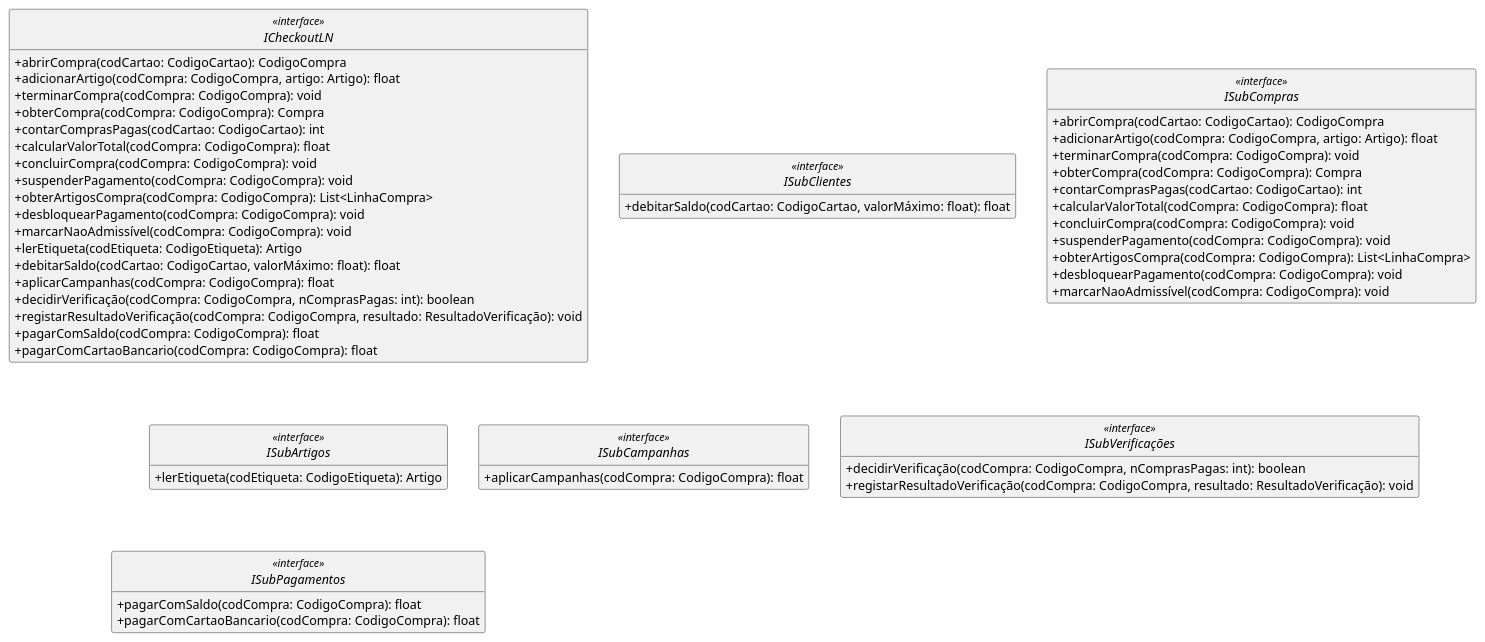
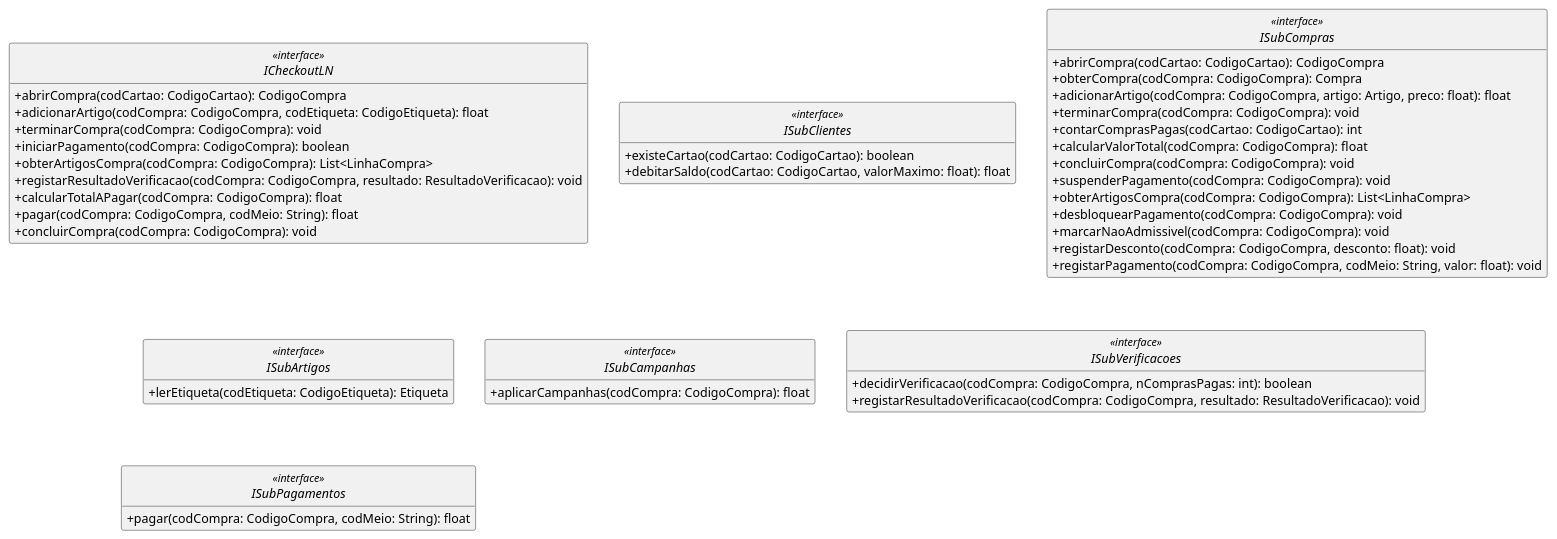
The diagram in modelos/2-desenho/api.puml (xana06/study_), drawn with PlantUML before and after one commit. The commit also changed 23 other files, not shown here.

```diff
--- a/modelos/2-desenho/api.puml
+++ b/modelos/2-desenho/api.puml
@@ -1,64 +1,57 @@
 @startuml api
 hide circle
 hide empty members
 skinparam classAttributeIconSize 0
 
 
 interface ICheckoutLN <<interface>> {
     + abrirCompra(codCartao: CodigoCartao): CodigoCompra
-    + adicionarArtigo(codCompra: CodigoCompra, artigo: Artigo): float
+    + adicionarArtigo(codCompra: CodigoCompra, codEtiqueta: CodigoEtiqueta): float
     + terminarCompra(codCompra: CodigoCompra): void
+    + iniciarPagamento(codCompra: CodigoCompra): boolean
+    + obterArtigosCompra(codCompra: CodigoCompra): List<LinhaCompra>
+    + registarResultadoVerificacao(codCompra: CodigoCompra, resultado: ResultadoVerificacao): void
+    + calcularTotalAPagar(codCompra: CodigoCompra): float
+    + pagar(codCompra: CodigoCompra, codMeio: String): float
+    + concluirCompra(codCompra: CodigoCompra): void
+}
+
+interface ISubClientes <<interface>> {
+    + existeCartao(codCartao: CodigoCartao): boolean
+    + debitarSaldo(codCartao: CodigoCartao, valorMaximo: float): float
+}
+
+interface ISubCompras <<interface>> {
+    + abrirCompra(codCartao: CodigoCartao): CodigoCompra
     + obterCompra(codCompra: CodigoCompra): Compra
+    + adicionarArtigo(codCompra: CodigoCompra, artigo: Artigo, preco: float): float
+    + terminarCompra(codCompra: CodigoCompra): void
     + contarComprasPagas(codCartao: CodigoCartao): int
     + calcularValorTotal(codCompra: CodigoCompra): float
     + concluirCompra(codCompra: CodigoCompra): void
     + suspenderPagamento(codCompra: CodigoCompra): void
     + obterArtigosCompra(codCompra: CodigoCompra): List<LinhaCompra>
     + desbloquearPagamento(codCompra: CodigoCompra): void
-    + marcarNaoAdmissível(codCompra: CodigoCompra): void
-    + lerEtiqueta(codEtiqueta: CodigoEtiqueta): Artigo
-    + debitarSaldo(codCartao: CodigoCartao, valorMáximo: float): float
-    + aplicarCampanhas(codCompra: CodigoCompra): float
-    + decidirVerificação(codCompra: CodigoCompra, nComprasPagas: int): boolean
-    + registarResultadoVerificação(codCompra: CodigoCompra, resultado: ResultadoVerificação): void
-    + pagarComSaldo(codCompra: CodigoCompra): float
-    + pagarComCartaoBancario(codCompra: CodigoCompra): float
-}
-
-interface ISubClientes <<interface>> {
-    + debitarSaldo(codCartao: CodigoCartao, valorMáximo: float): float
-}
-
-interface ISubCompras <<interface>> {
-    + abrirCompra(codCartao: CodigoCartao): CodigoCompra
-    + adicionarArtigo(codCompra: CodigoCompra, artigo: Artigo): float
-    + terminarCompra(codCompra: CodigoCompra): void
-    + obterCompra(codCompra: CodigoCompra): Compra
-    + contarComprasPagas(codCartao: CodigoCartao): int
-    + calcularValorTotal(codCompra: CodigoCompra): float
-    + concluirCompra(codCompra: CodigoCompra): void
-    + suspenderPagamento(codCompra: CodigoCompra): void
-    + obterArtigosCompra(codCompra: CodigoCompra): List<LinhaCompra>
-    + desbloquearPagamento(codCompra: CodigoCompra): void
-    + marcarNaoAdmissível(codCompra: CodigoCompra): void
+    + marcarNaoAdmissivel(codCompra: CodigoCompra): void
+    + registarDesconto(codCompra: CodigoCompra, desconto: float): void
+    + registarPagamento(codCompra: CodigoCompra, codMeio: String, valor: float): void
 }
 
 interface ISubArtigos <<interface>> {
-    + lerEtiqueta(codEtiqueta: CodigoEtiqueta): Artigo
+    + lerEtiqueta(codEtiqueta: CodigoEtiqueta): Etiqueta
 }
 
 interface ISubCampanhas <<interface>> {
     + aplicarCampanhas(codCompra: CodigoCompra): float
 }
 
-interface ISubVerificações <<interface>> {
-    + decidirVerificação(codCompra: CodigoCompra, nComprasPagas: int): boolean
-    + registarResultadoVerificação(codCompra: CodigoCompra, resultado: ResultadoVerificação): void
+interface ISubVerificacoes <<interface>> {
+    + decidirVerificacao(codCompra: CodigoCompra, nComprasPagas: int): boolean
+    + registarResultadoVerificacao(codCompra: CodigoCompra, resultado: ResultadoVerificacao): void
 }
 
 interface ISubPagamentos <<interface>> {
-    + pagarComSaldo(codCompra: CodigoCompra): float
-    + pagarComCartaoBancario(codCompra: CodigoCompra): float
+    + pagar(codCompra: CodigoCompra, codMeio: String): float
 }
 
 @enduml
```
